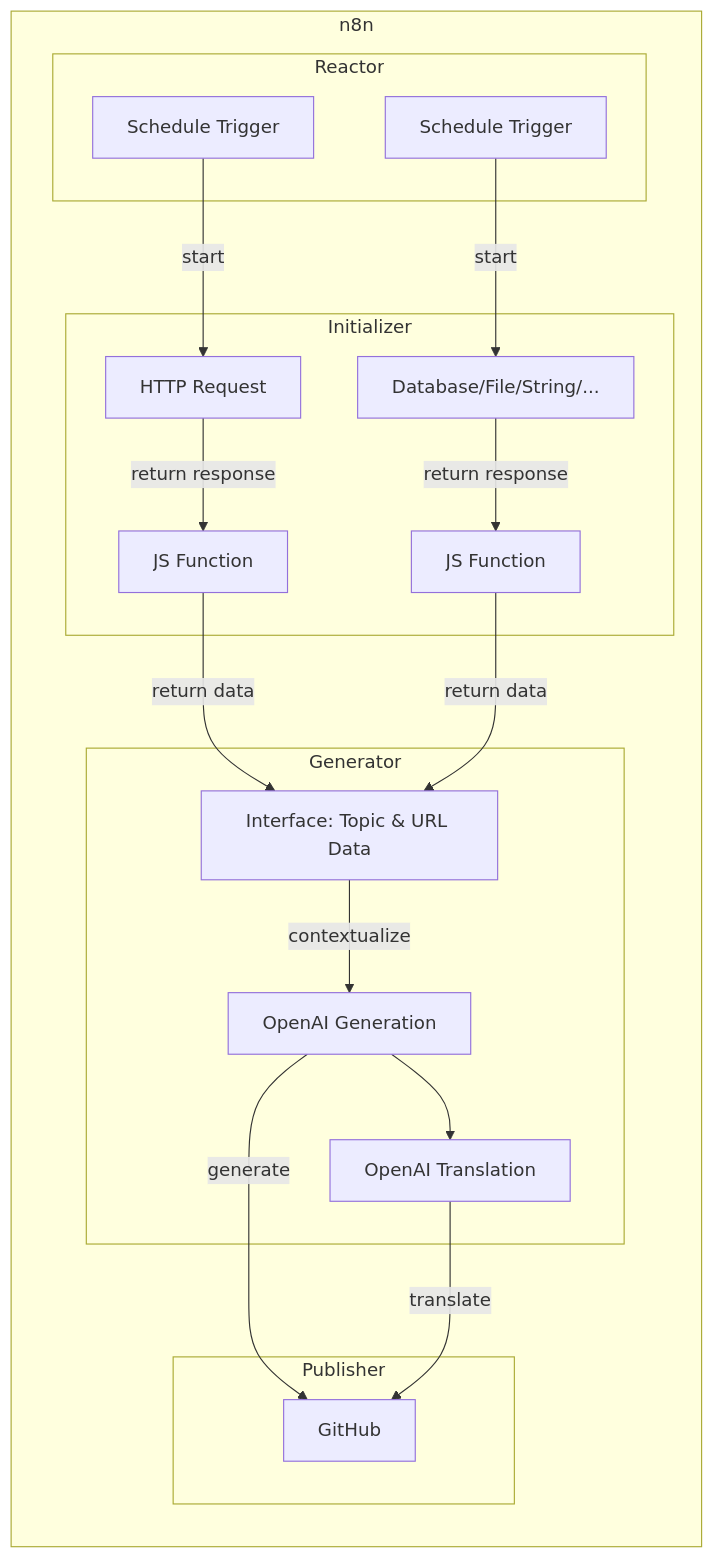
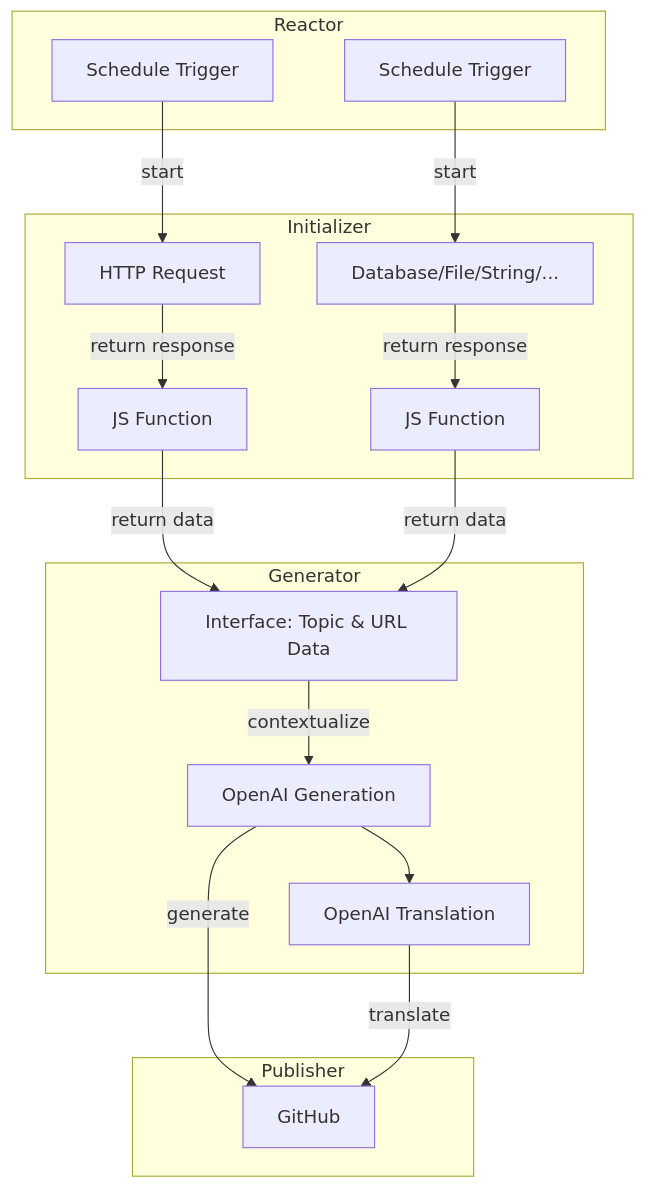
One commit to joyearnaud/hominem changed the third of 3 diagrams in content/posts/fr/openAI-n8n.md. Above: the diagram before and after it, drawn with Mermaid. The commit also changed other lines of this file and 1 other file, not shown here.

Commit message:
fixing mermaid & adding content table

````diff
--- a/content/posts/fr/openAI-n8n.md
+++ b/content/posts/fr/openAI-n8n.md
@@ -177,25 +212,23 @@
 ```mermaid
-graph LR
-    subgraph n8n
-      subgraph Reactor
-          trig[Schedule Trigger]
-          trigN[Schedule Trigger]
-      end
-      subgraph Initializer
-          trig--start-->source[HTTP Request]
-          trigN--start-->sourceN[Database/File/String/...]
-          source --return response--> data[JS Function]
-          sourceN --return response--> dataN[JS Function]
-      end
-      subgraph Generator
-          data--return data-->Interface[Interface: Topic & URL Data]
-          dataN--return data-->Interface
-          Interface--contextualize-->OpenAIG[OpenAI Generation]
-          OpenAIG-->OpenAIT[OpenAI Translation]
-      end
-      subgraph Publisher
-          OpenAIG--generate-->GitHub
-          OpenAIT--translate-->GitHub
-      end
+graph TB
+    subgraph Reactor
+        trig[Schedule Trigger]
+        trigN[Schedule Trigger]
+    end
+    subgraph Initializer
+        trig--start-->source[HTTP Request]
+        trigN--start-->sourceN[Database/File/String/...]
+        source --return response--> data[JS Function]
+        sourceN --return response--> dataN[JS Function]
+    end
+    subgraph Generator
+        data--return data-->Interface[Interface: Topic & URL Data]
+        dataN--return data-->Interface
+        Interface--contextualize-->OpenAIG[OpenAI Generation]
+        OpenAIG-->OpenAIT[OpenAI Translation]
+    end
+    subgraph Publisher
+        OpenAIG--generate-->GitHub
+        OpenAIT--translate-->GitHub
     end
 ```
````
